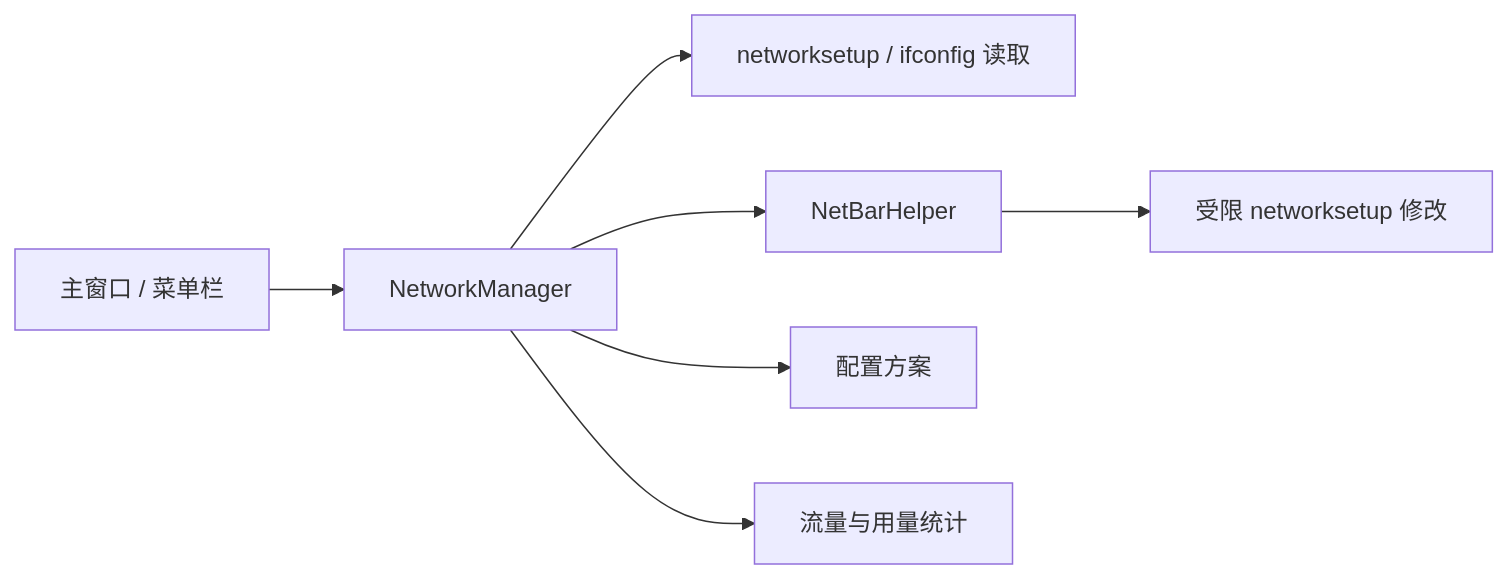
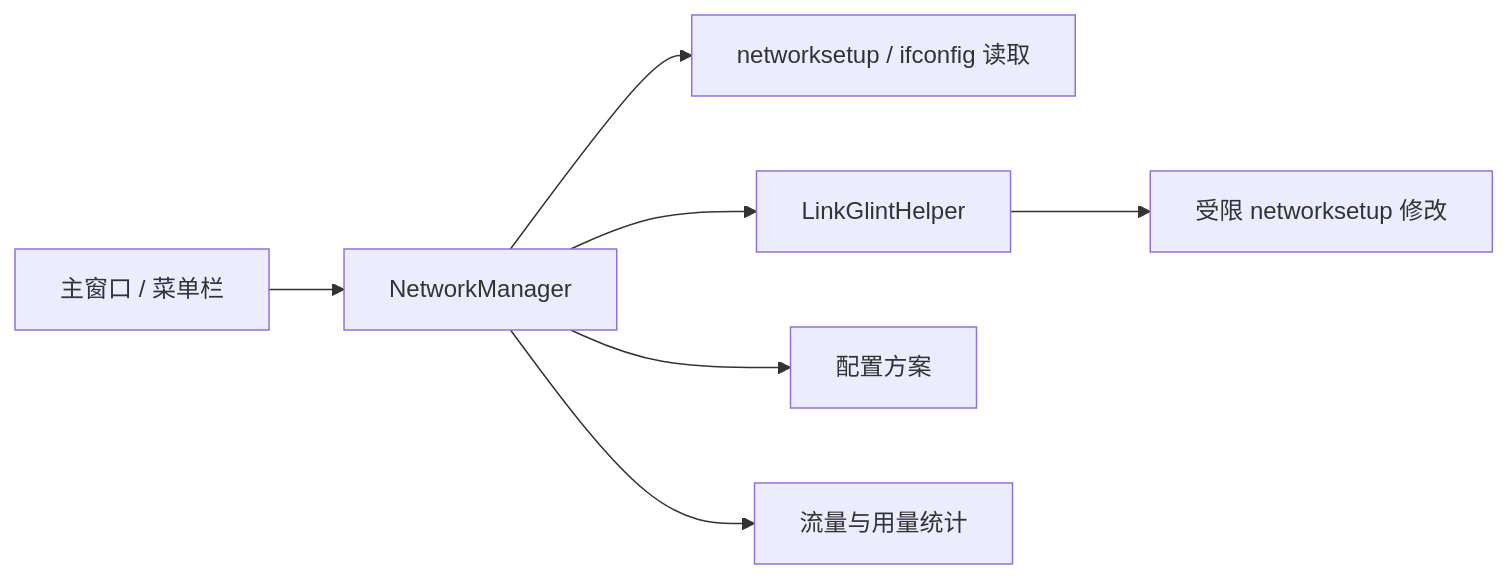
One commit to yo1Code/LinkGlint changed the diagram in docs/ARCHITECTURE.md. Above: the diagram before and after it, drawn with Mermaid. The commit also changed other lines of this file and 22 other files, not shown here.

Commit message:
Rebrand NetBar as LinkGlint

````diff
--- a/docs/ARCHITECTURE.md
+++ b/docs/ARCHITECTURE.md
@@ -19,9 +19,9 @@
 ```mermaid
 flowchart LR
     UI[主窗口 / 菜单栏] --> Manager[NetworkManager]
     Manager --> Read[networksetup / ifconfig 读取]
-    Manager --> Helper[NetBarHelper]
+    Manager --> Helper[LinkGlintHelper]
     Helper --> Write[受限 networksetup 修改]
     Manager --> Profiles[配置方案]
     Manager --> Usage[流量与用量统计]
 ```
````
